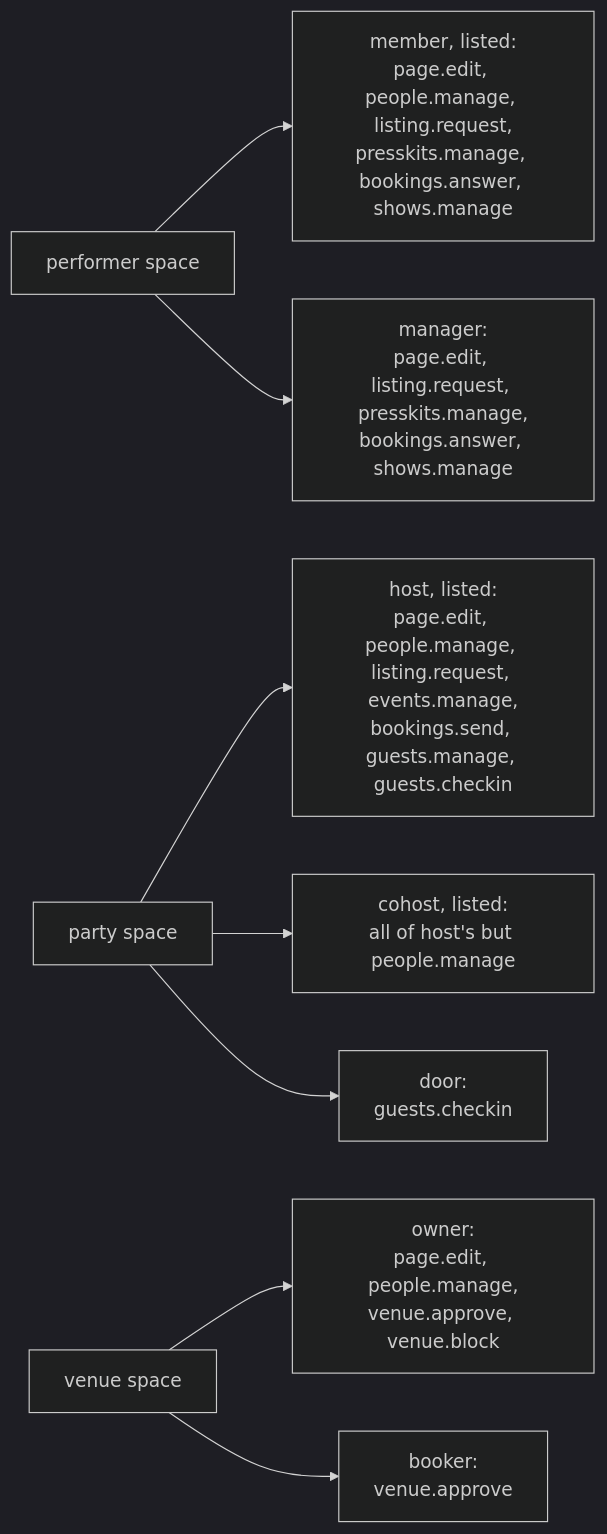
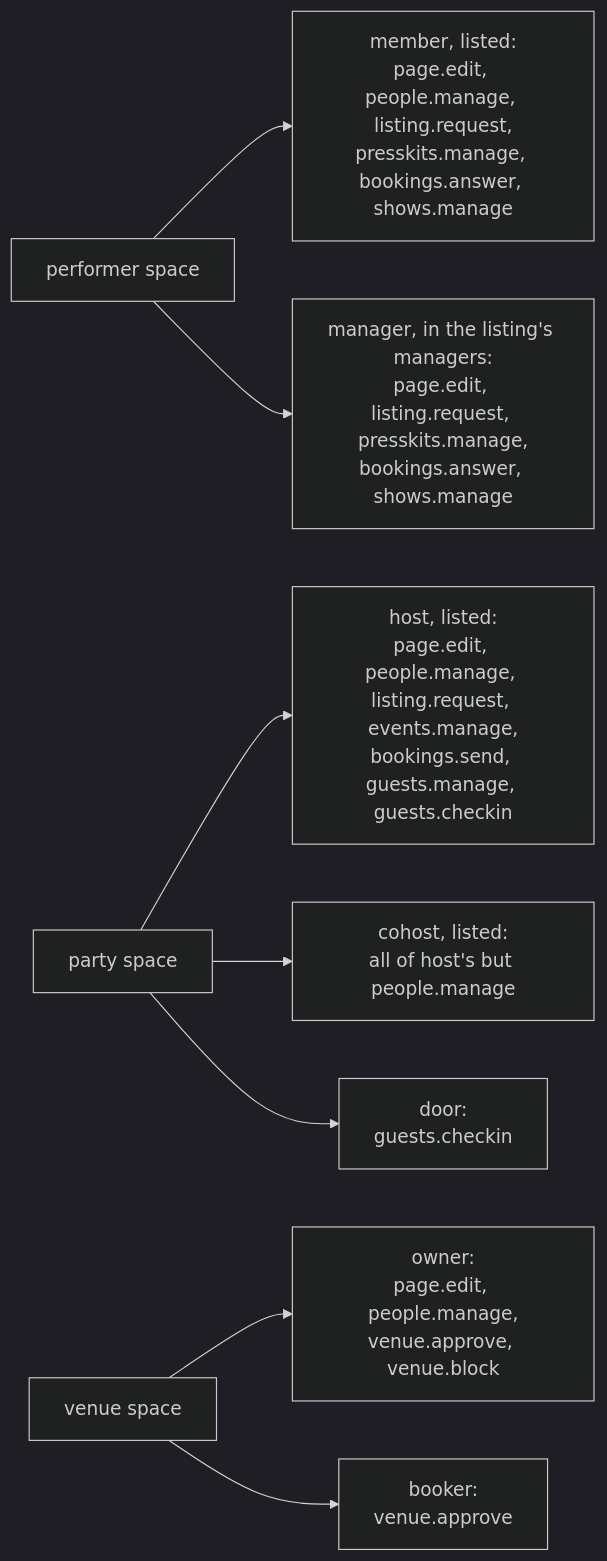
Before and after one commit to cutenode/localnetwork: the tenth of 10 diagrams in apps/web/docs/diagrams/accounts.md, drawn with Mermaid (dark theme). The commit also changed other lines of this file and 7 other files, not shown here.

First line of the commit message:
docs(web): bring the diagrams in line with main after the extraction PRs

````diff
--- a/apps/web/docs/diagrams/accounts.md
+++ b/apps/web/docs/diagrams/accounts.md
@@ -228,10 +228,10 @@
 ```mermaid
 flowchart LR
   Performer["performer space"] --> PM["member, listed:<br/>page.edit, people.manage, listing.request,<br/>presskits.manage, bookings.answer, shows.manage"]
-  Performer --> PManager["manager:<br/>page.edit, listing.request, presskits.manage,<br/>bookings.answer, shows.manage"]
+  Performer --> PManager["manager, in the listing's managers:<br/>page.edit, listing.request, presskits.manage,<br/>bookings.answer, shows.manage"]
   Party["party space"] --> H["host, listed:<br/>page.edit, people.manage, listing.request, events.manage,<br/>bookings.send, guests.manage, guests.checkin"]
   Party --> C["cohost, listed:<br/>all of host's but people.manage"]
   Party --> D["door:<br/>guests.checkin"]
   Venue["venue space"] --> O["owner:<br/>page.edit, people.manage,<br/>venue.approve, venue.block"]
   Venue --> B["booker:<br/>venue.approve"]
 ```
````
